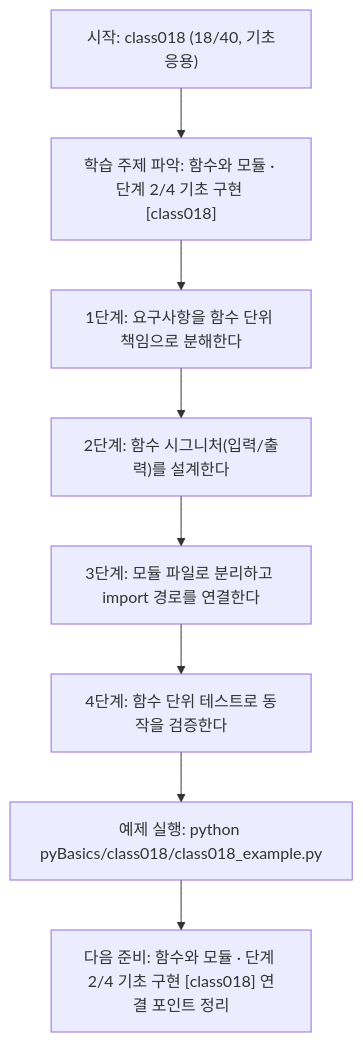
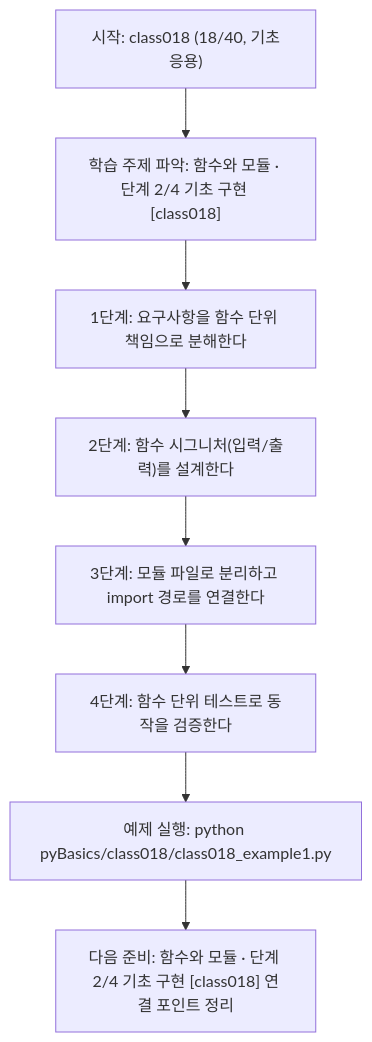
Before and after one commit to edumgt/Python-AI_Agent-Class: the diagram in pyBasics/class018/class018.md, drawn with Mermaid. The commit also changed other lines of this file and 2959 other files, not shown here.

````diff
--- a/pyBasics/class018/class018.md
+++ b/pyBasics/class018/class018.md
@@ -109,18 +109,18 @@
 ```mermaid
 flowchart TD
 N1["시작: class018 (18/40, 기초응용)"]
 N2["학습 주제 파악: 함수와 모듈 · 단계 2/4 기초 구현 [class018]"]
 N3["1단계: 요구사항을 함수 단위 책임으로 분해한다"]
 N4["2단계: 함수 시그니처(입력/출력)를 설계한다"]
 N5["3단계: 모듈 파일로 분리하고 import 경로를 연결한다"]
 N6["4단계: 함수 단위 테스트로 동작을 검증한다"]
-N7["예제 실행: python pyBasics/class018/class018_example.py"]
+N7["예제 실행: python pyBasics/class018/class018_example1.py"]
 N8["다음 준비: 함수와 모듈 · 단계 2/4 기초 구현 [class018] 연결 포인트 정리"]
 N1 --> N2
 N2 --> N3
 N3 --> N4
 N4 --> N5
 N5 --> N6
 N6 --> N7
 N7 --> N8
 ```
````
